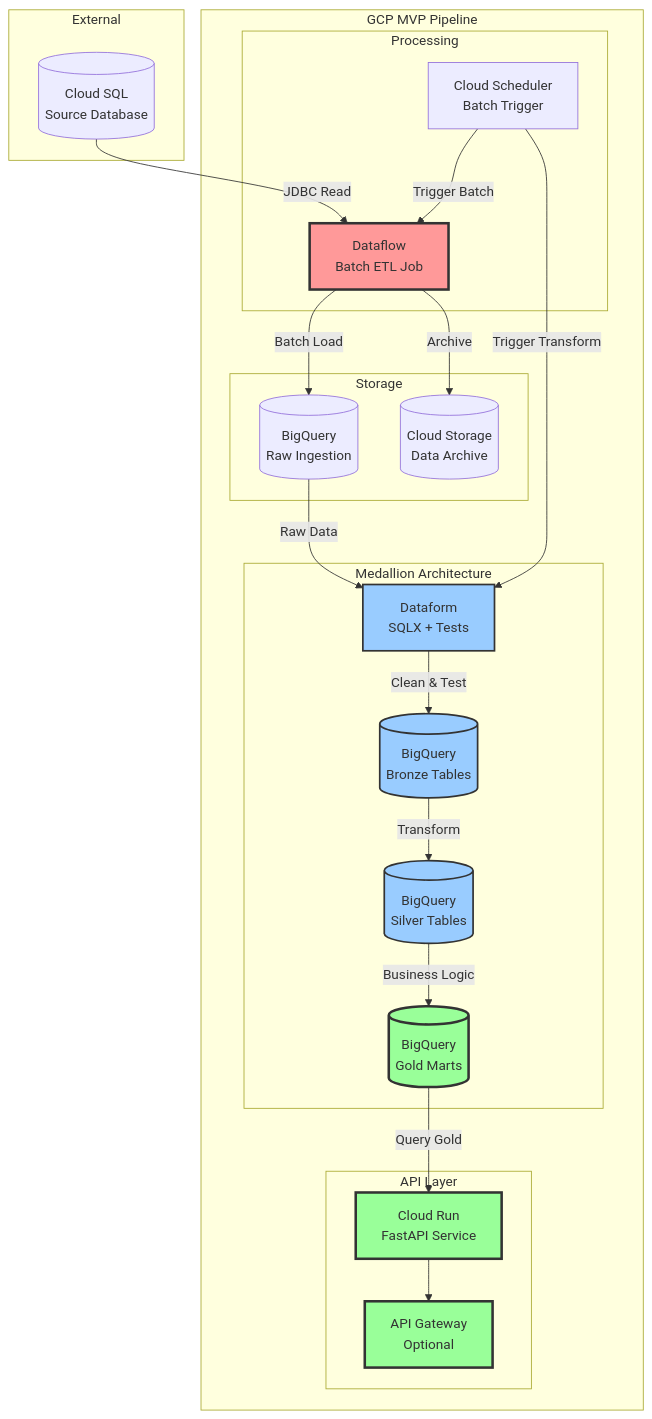
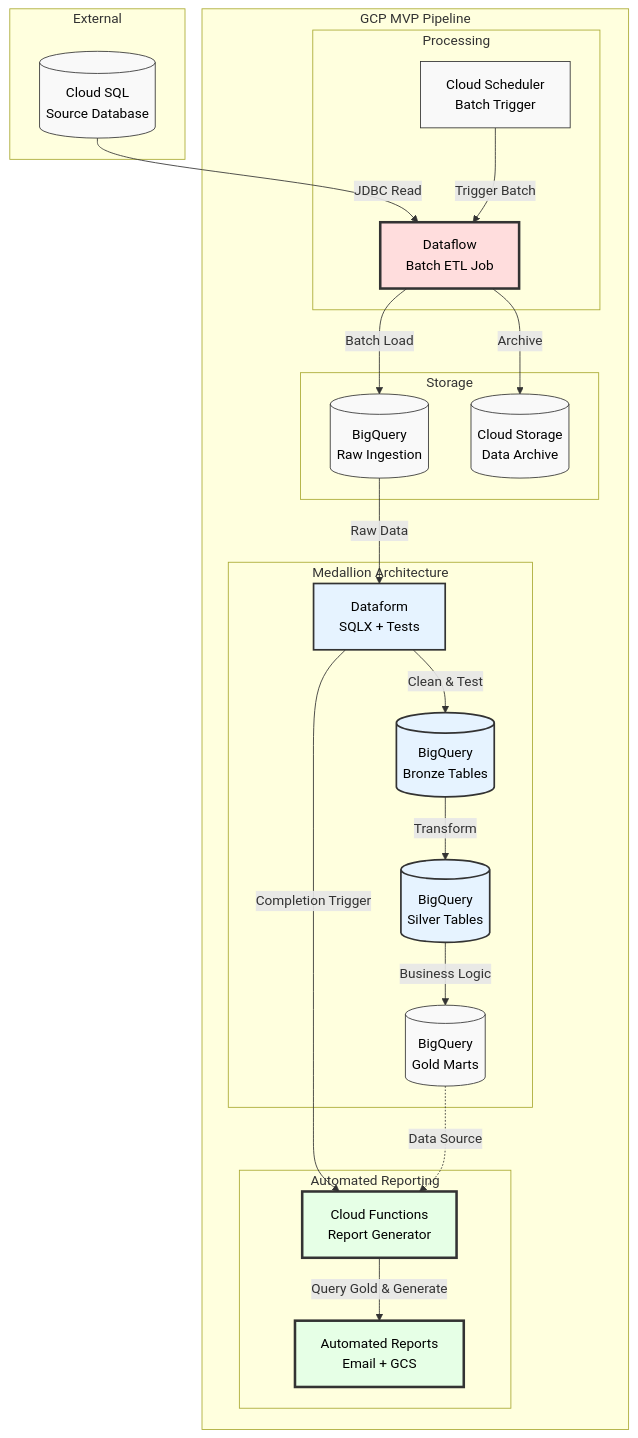
Before and after one commit to brandoncgay/66deg_project: the diagram in diagrams/MVP_architecture.mmd, drawn with Mermaid. The commit also changed 1 other file, not shown here.

Commit message:
Update README and MVP architecture diagrams to reflect GCP MVP pipeline with automated reporting

```diff
--- a/diagrams/MVP_architecture.mmd
+++ b/diagrams/MVP_architecture.mmd
@@ -1,56 +1,57 @@
 flowchart TD
   subgraph External
     CLOUDSQL[(Cloud SQL<br/>Source Database)]
   end
 
   subgraph "GCP MVP Pipeline"
     subgraph Processing
       SCHED[Cloud Scheduler<br/>Batch Trigger]
       DATAFLOW[Dataflow<br/>Batch ETL Job]
     end
 
     subgraph Storage
       BQ_RAW[(BigQuery<br/>Raw Ingestion)]
       GCS_ARCHIVE[(Cloud Storage<br/>Data Archive)]
     end
 
     subgraph "Medallion Architecture"
       DATAFORM[Dataform<br/>SQLX + Tests]
       BQ_BRONZE[(BigQuery<br/>Bronze Tables)]
       BQ_SILVER[(BigQuery<br/>Silver Tables)]
       BQ_GOLD[(BigQuery<br/>Gold Marts)]
     end
 
-    subgraph "API Layer"
-      CLOUDRUN[Cloud Run<br/>FastAPI Service]
-      APIGW[API Gateway<br/>Optional]
+    subgraph "Automated Reporting"
+      CF_REPORTS[Cloud Functions<br/>Report Generator]
+      REPORTS[Automated Reports<br/>Email + GCS]
     end
   end
 
   %% Data Flow
   CLOUDSQL -->|JDBC Read| DATAFLOW
   DATAFLOW -->|Batch Load| BQ_RAW
   DATAFLOW -->|Archive| GCS_ARCHIVE
   
   %% Medallion Pipeline
   BQ_RAW -->|Raw Data| DATAFORM
   DATAFORM -->|Clean & Test| BQ_BRONZE
   BQ_BRONZE -->|Transform| BQ_SILVER
   BQ_SILVER -->|Business Logic| BQ_GOLD
   
-  %% API Serving
-  BQ_GOLD -->|Query Gold| CLOUDRUN
-  CLOUDRUN --> APIGW
+  %% Report Generation (triggered by Dataform completion)
+  DATAFORM -->|Completion Trigger| CF_REPORTS
+  CF_REPORTS -->|Query Gold & Generate| REPORTS
+  BQ_GOLD -.->|Data Source| CF_REPORTS
   
   %% Scheduling
   SCHED -->|Trigger Batch| DATAFLOW
-  SCHED -->|Trigger Transform| DATAFORM
 
   %% Styling - MVP Focus on API and Reports
-  classDef mvpFocus fill:#ff9999,stroke:#333,stroke-width:3px
-  classDef medallion fill:#99ccff,stroke:#333,stroke-width:2px
-  classDef api fill:#99ff99,stroke:#333,stroke-width:3px
+  classDef mvpFocus fill:#ffdddd,stroke:#333,stroke-width:3px,color:#000
+  classDef medallion fill:#e6f3ff,stroke:#333,stroke-width:2px,color:#000
+  classDef api fill:#e6ffe6,stroke:#333,stroke-width:3px,color:#000
+  classDef default fill:#f9f9f9,stroke:#333,stroke-width:1px,color:#000
   
-  class BQ_GOLD,CLOUDRUN,APIGW api
+  class CF_REPORTS,REPORTS api
   class DATAFORM,BQ_BRONZE,BQ_SILVER medallion
   class DATAFLOW mvpFocus
```
